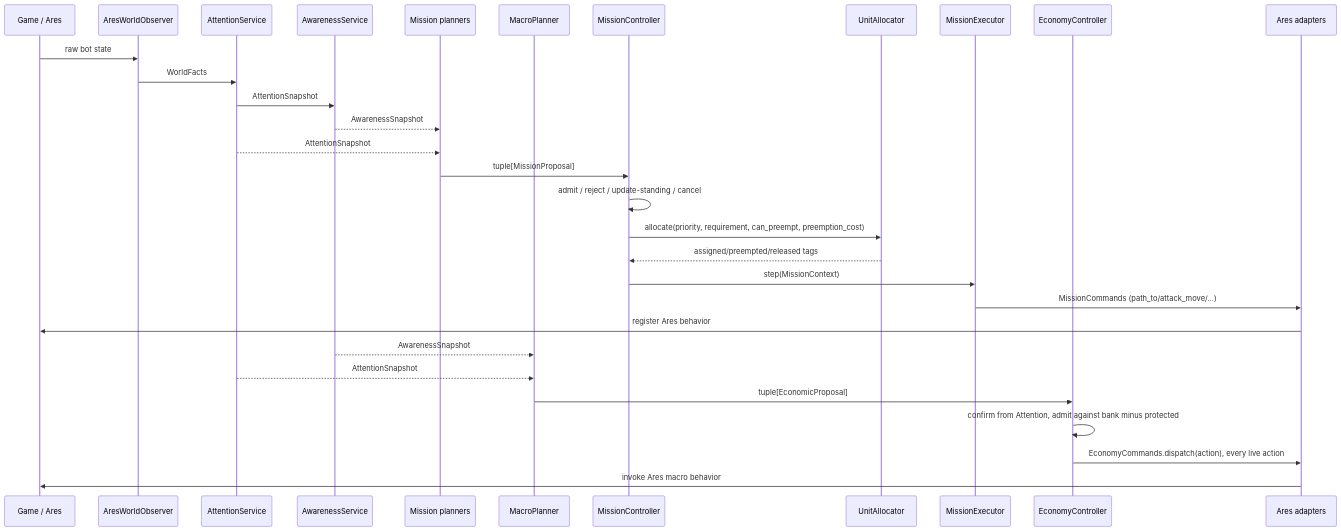
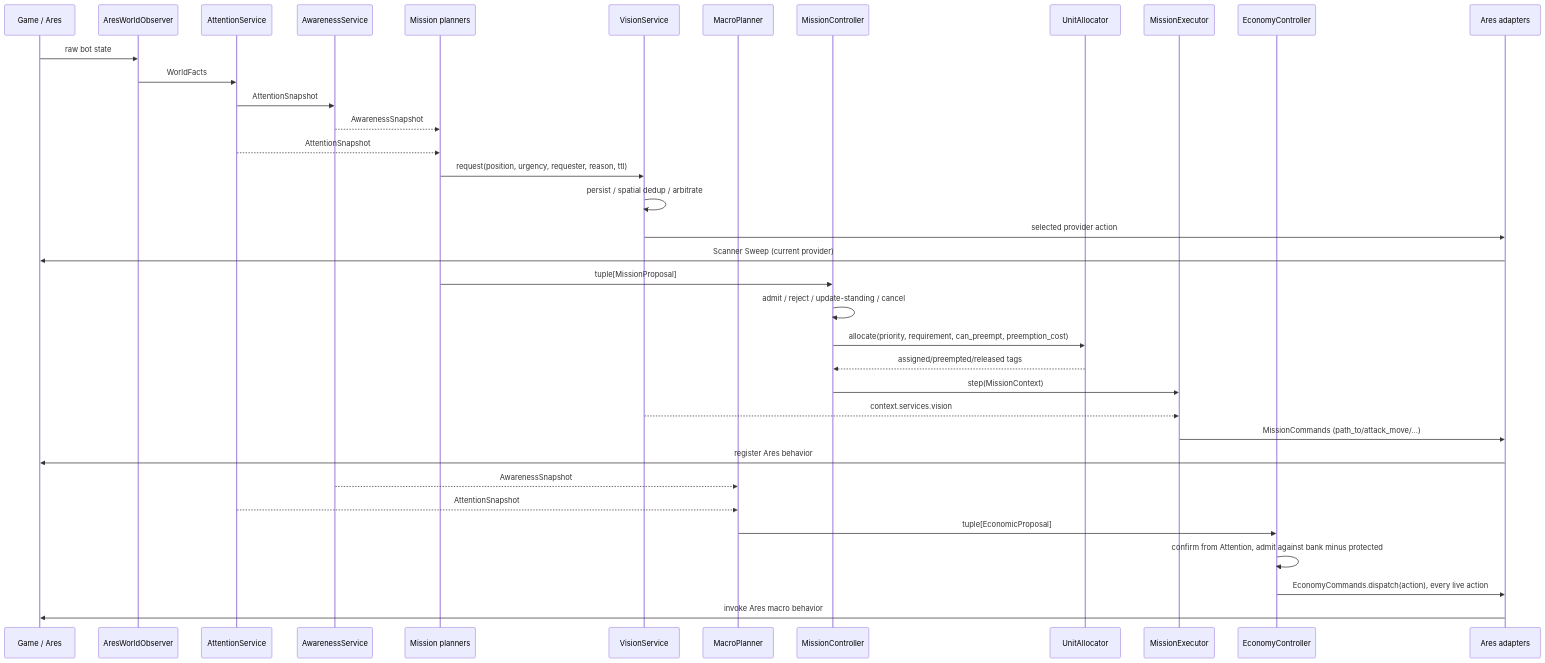
Before and after one commit to LeonardoSilvestrin/sc2bot: the first of 2 diagrams in _botdev/architecture/contracts.md, drawn with Mermaid. The commit also changed 26 other files, not shown here.

````diff
--- a/_botdev/architecture/contracts.md
+++ b/_botdev/architecture/contracts.md
@@ -100,34 +100,40 @@
 ```mermaid
 sequenceDiagram
     participant Ares as Game / Ares
     participant Obs as AresWorldObserver
     participant Att as AttentionService
     participant Awa as AwarenessService
     participant Pln as Mission planners
+    participant Vision as VisionService
     participant Mac as MacroPlanner
     participant MC as MissionController
     participant Alloc as UnitAllocator
     participant Exec as MissionExecutor
     participant EC as EconomyController
     participant Cmd as Ares adapters
 
     Ares->>Obs: raw bot state
     Obs->>Att: WorldFacts
     Att->>Awa: AttentionSnapshot
     Awa-->>Pln: AwarenessSnapshot
     Att-->>Pln: AttentionSnapshot
+    Pln->>Vision: request(position, urgency, requester, reason, ttl)
+    Vision->>Vision: persist / spatial dedup / arbitrate
+    Vision->>Cmd: selected provider action
+    Cmd->>Ares: Scanner Sweep (current provider)
     Pln->>MC: tuple[MissionProposal]
     MC->>MC: admit / reject / update-standing / cancel
     MC->>Alloc: allocate(priority, requirement, can_preempt, preemption_cost)
     Alloc-->>MC: assigned/preempted/released tags
     MC->>Exec: step(MissionContext)
+    Vision-->>Exec: context.services.vision
     Exec->>Cmd: MissionCommands (path_to/attack_move/...)
     Cmd->>Ares: register Ares behavior
 
     Awa-->>Mac: AwarenessSnapshot
     Att-->>Mac: AttentionSnapshot
     Mac->>EC: tuple[EconomicProposal]
     EC->>EC: confirm from Attention, admit against bank minus protected
     EC->>Cmd: EconomyCommands.dispatch(action), every live action
     Cmd->>Ares: invoke Ares macro behavior
 ```
````
